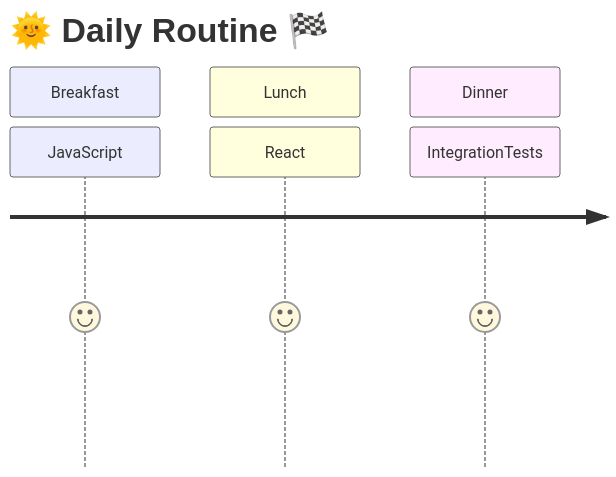
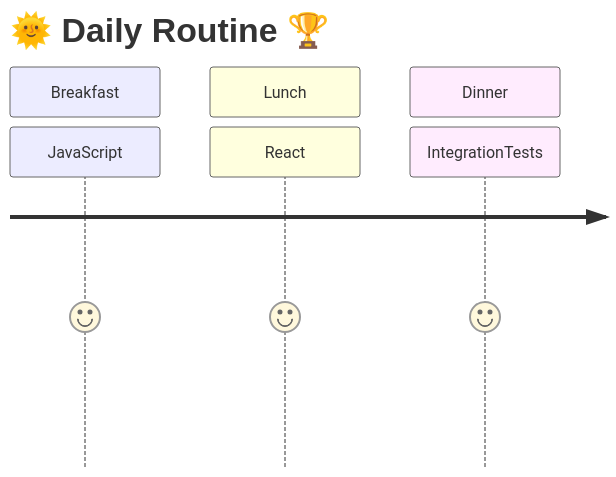
One commit to pH-7/pH-7 changed the diagram in README.md. Above: the diagram before and after it, drawn with Mermaid. The commit also changed other lines of this file, not shown here.

````diff
--- a/README.md
+++ b/README.md
@@ -23,10 +23,10 @@
   ```mermaid
   journey
-    title 🌞 Daily Routine 🏁
+    title 🌞 Daily Routine 🏆
     section Breakfast
       JavaScript: 5
     section Lunch
       React: 5
     section Dinner
       IntegrationTests: 5
   ```
````
